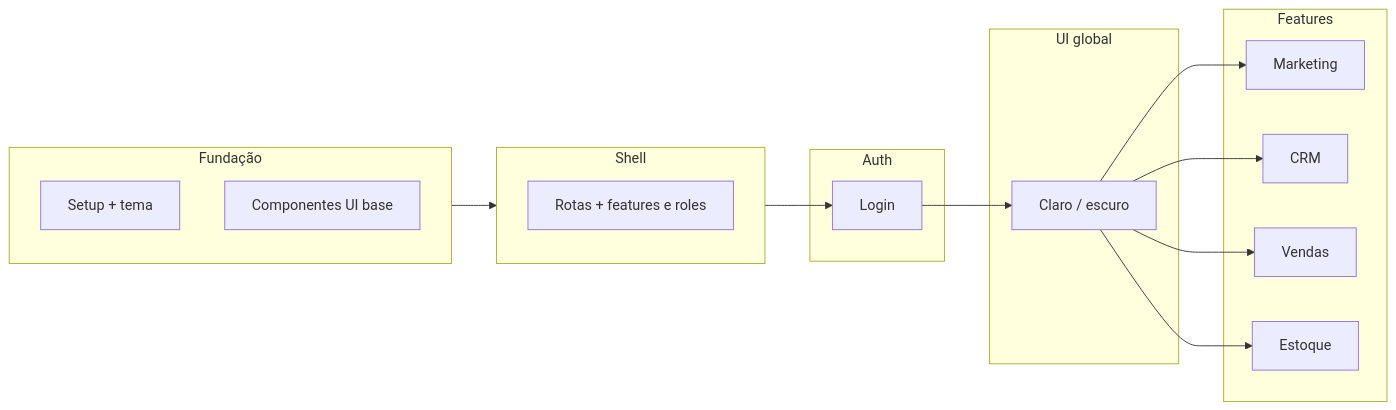
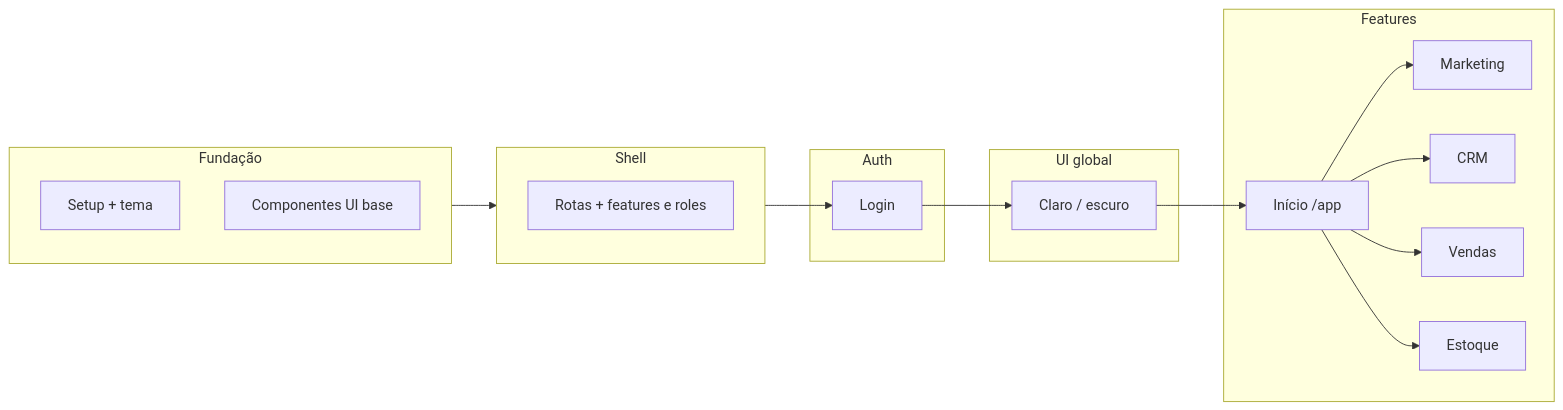
One commit to IgorCooli/instituto-renata-fe changed the diagram in docs/PLAN.md. Above: the diagram before and after it, drawn with Mermaid. The commit also changed other lines of this file and 2 other files, not shown here.

First line of the commit message:
docs: renumerar fases (dashboard=Fase 6; marketing→7…); retirar iAnjo do /app

````diff
--- a/docs/PLAN.md
+++ b/docs/PLAN.md
@@ -7,29 +7,31 @@
 ```mermaid
 flowchart LR
   subgraph foundation [Fundação]
     F1[Setup + tema]
     F2[Componentes UI base]
   end
   subgraph shell [Shell]
     S1[Rotas + features e roles]
   end
   subgraph auth [Auth]
     A[Login]
   end
   subgraph ui [UI global]
     T[Claro / escuro]
   end
   subgraph features [Features]
+    H[Início /app]
     M[Marketing]
     C[CRM]
     V[Vendas]
     E[Estoque]
   end
   foundation --> shell
   shell --> A
   A --> T
-  T --> M
-  T --> C
-  T --> V
-  T --> E
+  T --> H
+  H --> M
+  H --> C
+  H --> V
+  H --> E
 ```
````
